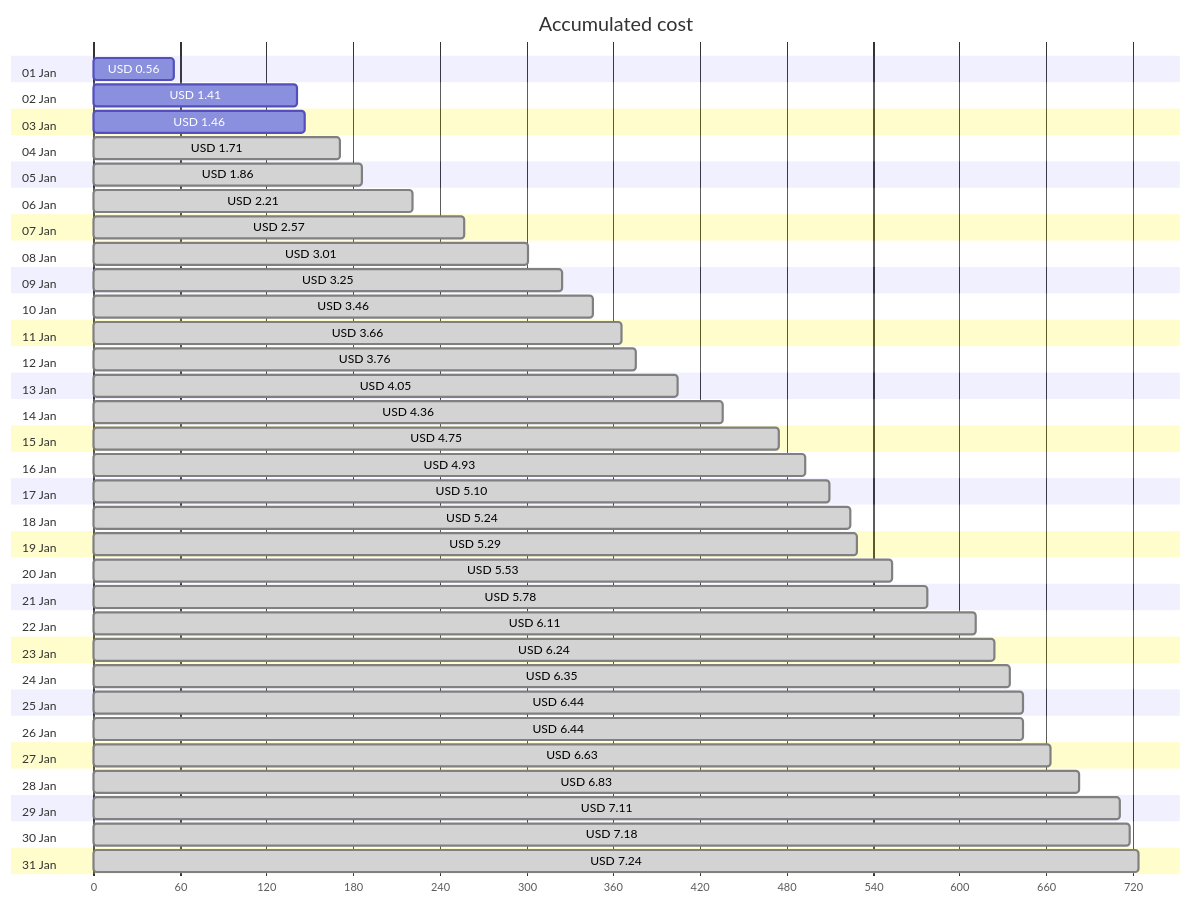
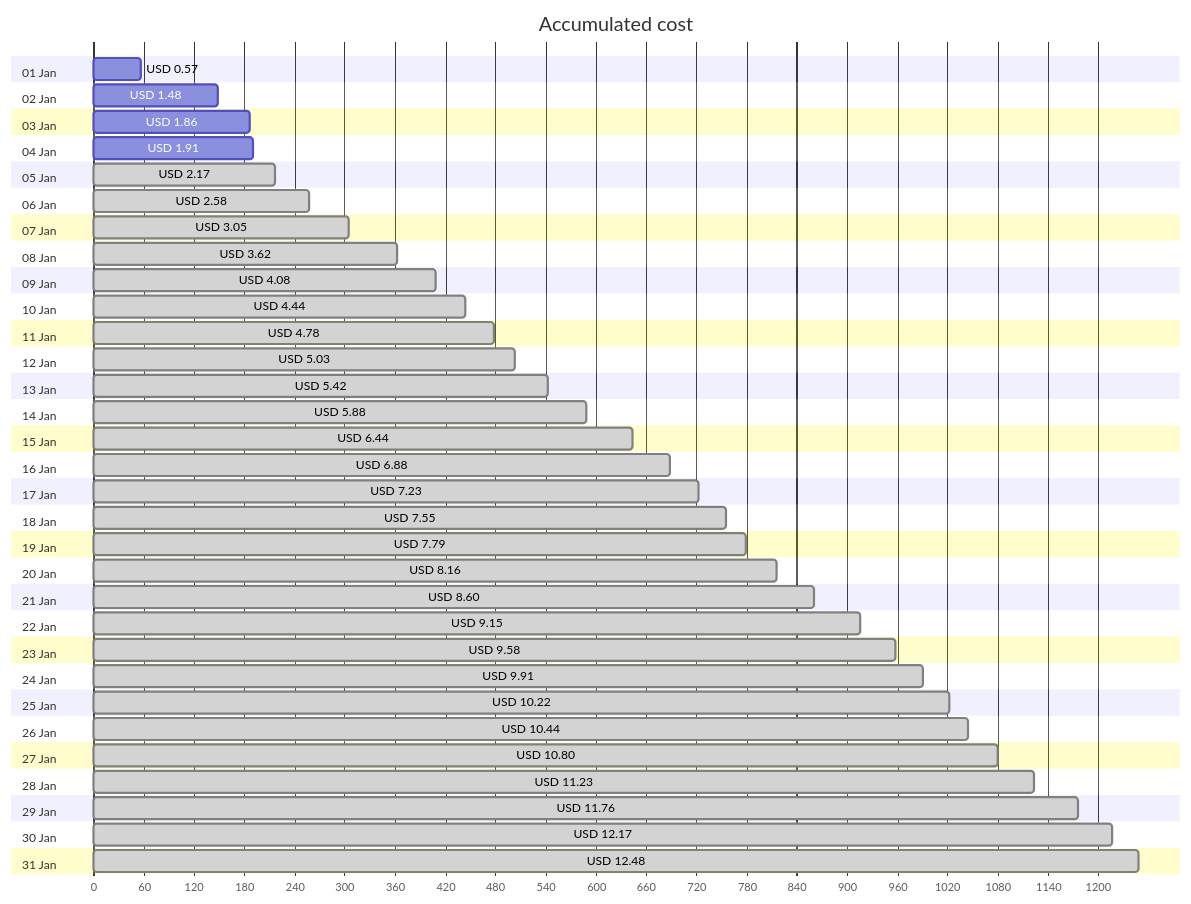
Before and after one commit to jpfulton/azure-personal-reports: the first of 4 diagrams in cost-reports/personal-network/vpn-server.md, drawn with Mermaid. The commit also changed other lines of this file and 8 other files, not shown here.

````diff
--- a/cost-reports/personal-network/vpn-server.md
+++ b/cost-reports/personal-network/vpn-server.md
@@ -20,68 +20,68 @@
 ```mermaid
 gantt
    title Accumulated cost
    dateFormat  X
    axisFormat %s
    section 01 Jan
-   USD 0.56 :0, 56
+   USD 0.57 :0, 57
    section 02 Jan
-   USD 1.41 :0, 141
+   USD 1.48 :0, 148
    section 03 Jan
-   USD 1.46 :0, 146
+   USD 1.86 :0, 186
    section 04 Jan
-   USD 1.71 : done, 0, 171
+   USD 1.91 :0, 191
    section 05 Jan
-   USD 1.86 : done, 0, 186
+   USD 2.17 : done, 0, 217
    section 06 Jan
-   USD 2.21 : done, 0, 221
+   USD 2.58 : done, 0, 258
    section 07 Jan
-   USD 2.57 : done, 0, 257
+   USD 3.05 : done, 0, 305
    section 08 Jan
-   USD 3.01 : done, 0, 301
+   USD 3.62 : done, 0, 362
    section 09 Jan
-   USD 3.25 : done, 0, 325
+   USD 4.08 : done, 0, 408
    section 10 Jan
-   USD 3.46 : done, 0, 346
+   USD 4.44 : done, 0, 444
    section 11 Jan
-   USD 3.66 : done, 0, 366
+   USD 4.78 : done, 0, 478
    section 12 Jan
-   USD 3.76 : done, 0, 376
+   USD 5.03 : done, 0, 503
    section 13 Jan
-   USD 4.05 : done, 0, 405
+   USD 5.42 : done, 0, 542
    section 14 Jan
-   USD 4.36 : done, 0, 436
+   USD 5.88 : done, 0, 588
    section 15 Jan
-   USD 4.75 : done, 0, 475
+   USD 6.44 : done, 0, 644
    section 16 Jan
-   USD 4.93 : done, 0, 493
+   USD 6.88 : done, 0, 688
    section 17 Jan
-   USD 5.10 : done, 0, 510
+   USD 7.23 : done, 0, 723
    section 18 Jan
-   USD 5.24 : done, 0, 524
+   USD 7.55 : done, 0, 755
    section 19 Jan
-   USD 5.29 : done, 0, 529
+   USD 7.79 : done, 0, 779
    section 20 Jan
-   USD 5.53 : done, 0, 553
+   USD 8.16 : done, 0, 816
    section 21 Jan
-   USD 5.78 : done, 0, 578
+   USD 8.60 : done, 0, 860
    section 22 Jan
-   USD 6.11 : done, 0, 611
+   USD 9.15 : done, 0, 915
    section 23 Jan
-   USD 6.24 : done, 0, 624
+   USD 9.58 : done, 0, 958
    section 24 Jan
-   USD 6.35 : done, 0, 635
+   USD 9.91 : done, 0, 991
    section 25 Jan
-   USD 6.44 : done, 0, 644
+   USD 10.22 : done, 0, 1022
    section 26 Jan
-   USD 6.44 : done, 0, 644
+   USD 10.44 : done, 0, 1044
    section 27 Jan
-   USD 6.63 : done, 0, 663
+   USD 10.80 : done, 0, 1080
    section 28 Jan
-   USD 6.83 : done, 0, 683
+   USD 11.23 : done, 0, 1123
    section 29 Jan
-   USD 7.11 : done, 0, 711
+   USD 11.76 : done, 0, 1176
    section 30 Jan
-   USD 7.18 : done, 0, 718
+   USD 12.17 : done, 0, 1217
    section 31 Jan
-   USD 7.24 : done, 0, 724
+   USD 12.48 : done, 0, 1248
 ```
````
